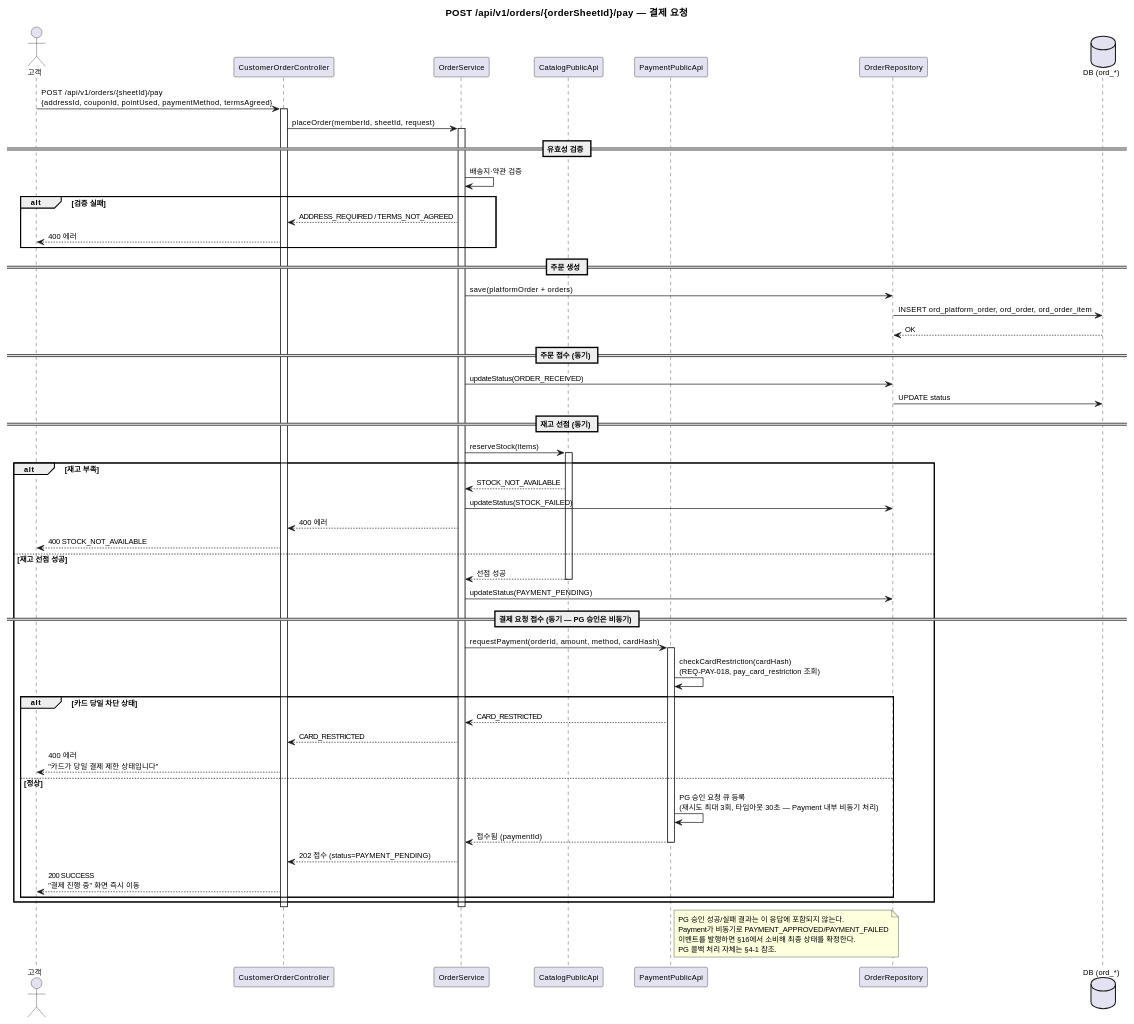
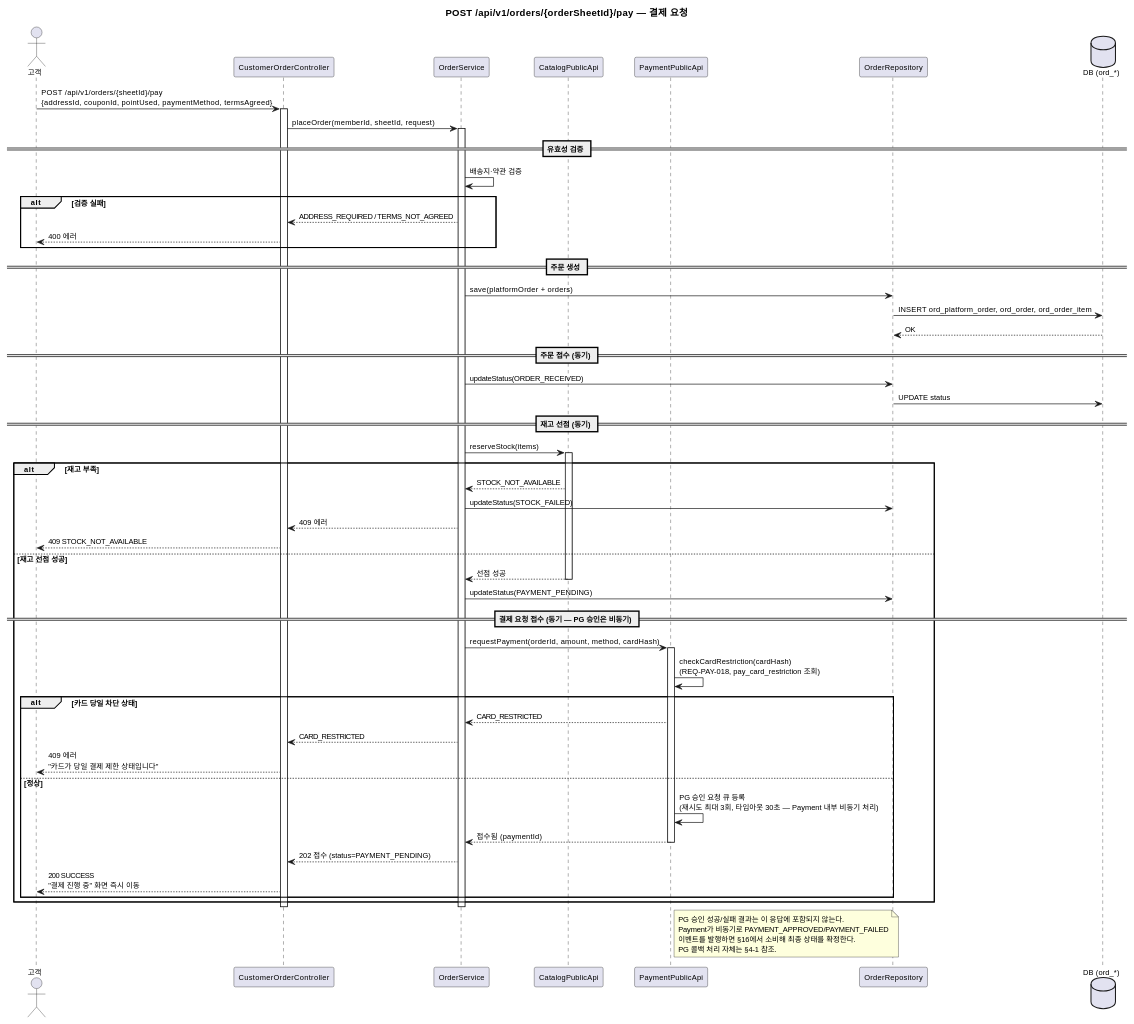
Before and after one commit to parknahyun/runNShop: the fourth of 26 diagrams in docs/자산화-단계별/S3-상세설계/DM-시퀀스(Order-Payment).md, drawn with PlantUML. The commit also changed other lines of this file and 39 other files, not shown here.

````diff
--- a/docs/자산화-단계별/S3-상세설계/DM-시퀀스(Order-Payment).md
+++ b/docs/자산화-단계별/S3-상세설계/DM-시퀀스(Order-Payment).md
@@ -205,77 +205,77 @@
 ```plantuml
 @startuml
 skinparam backgroundColor transparent
 skinparam defaultFontSize 11
 title POST /api/v1/orders/{orderSheetId}/pay — 결제 요청
 
 actor 고객 as Client
 participant "CustomerOrderController" as OC
 participant "OrderService" as OS
 participant "CatalogPublicApi" as CAT
 participant "PaymentPublicApi" as PAY
 participant "OrderRepository" as OR
 database "DB (ord_*)" as DB
 
 Client -> OC : POST /api/v1/orders/{sheetId}/pay\n{addressId, couponId, pointUsed, paymentMethod, termsAgreed}
 activate OC
 
 OC -> OS : placeOrder(memberId, sheetId, request)
 activate OS
 
 == 유효성 검증 ==
 OS -> OS : 배송지·약관 검증
 alt 검증 실패
   OS --> OC : ADDRESS_REQUIRED / TERMS_NOT_AGREED
   OC --> Client : 400 에러
 end
 
 == 주문 생성 ==
 OS -> OR : save(platformOrder + orders)
 OR -> DB : INSERT ord_platform_order, ord_order, ord_order_item
 DB --> OR : OK
 
 == 주문 접수 (동기) ==
 OS -> OR : updateStatus(ORDER_RECEIVED)
 OR -> DB : UPDATE status
 
 == 재고 선점 (동기) ==
 OS -> CAT : reserveStock(items)
 activate CAT
 alt 재고 부족
   CAT --> OS : STOCK_NOT_AVAILABLE
   OS -> OR : updateStatus(STOCK_FAILED)
-  OS --> OC : 400 에러
-  OC --> Client : 400 STOCK_NOT_AVAILABLE
+  OS --> OC : 409 에러
+  OC --> Client : 409 STOCK_NOT_AVAILABLE
 else 재고 선점 성공
   CAT --> OS : 선점 성공
   deactivate CAT
   OS -> OR : updateStatus(PAYMENT_PENDING)
 
   == 결제 요청 접수 (동기 — PG 승인은 비동기) ==
   OS -> PAY : requestPayment(orderId, amount, method, cardHash)
   activate PAY
   PAY -> PAY : checkCardRestriction(cardHash)\n(REQ-PAY-018, pay_card_restriction 조회)
   alt 카드 당일 차단 상태
     PAY --> OS : CARD_RESTRICTED
     OS --> OC : CARD_RESTRICTED
-    OC --> Client : 400 에러\n"카드가 당일 결제 제한 상태입니다"
+    OC --> Client : 409 에러\n"카드가 당일 결제 제한 상태입니다"
   else 정상
     PAY -> PAY : PG 승인 요청 큐 등록\n(재시도 최대 3회, 타임아웃 30초 — Payment 내부 비동기 처리)
     PAY --> OS : 접수됨 (paymentId)
     deactivate PAY
     OS --> OC : 202 접수 (status=PAYMENT_PENDING)
     OC --> Client : 200 SUCCESS\n"결제 진행 중" 화면 즉시 이동
   end
 end
 deactivate OS
 deactivate OC
 
 note right of PAY
   PG 승인 성공/실패 결과는 이 응답에 포함되지 않는다.
   Payment가 비동기로 PAYMENT_APPROVED/PAYMENT_FAILED
   이벤트를 발행하면 §16에서 소비해 최종 상태를 확정한다.
   PG 콜백 처리 자체는 §4-1 참조.
 end note
 
 @enduml
 ```
````
